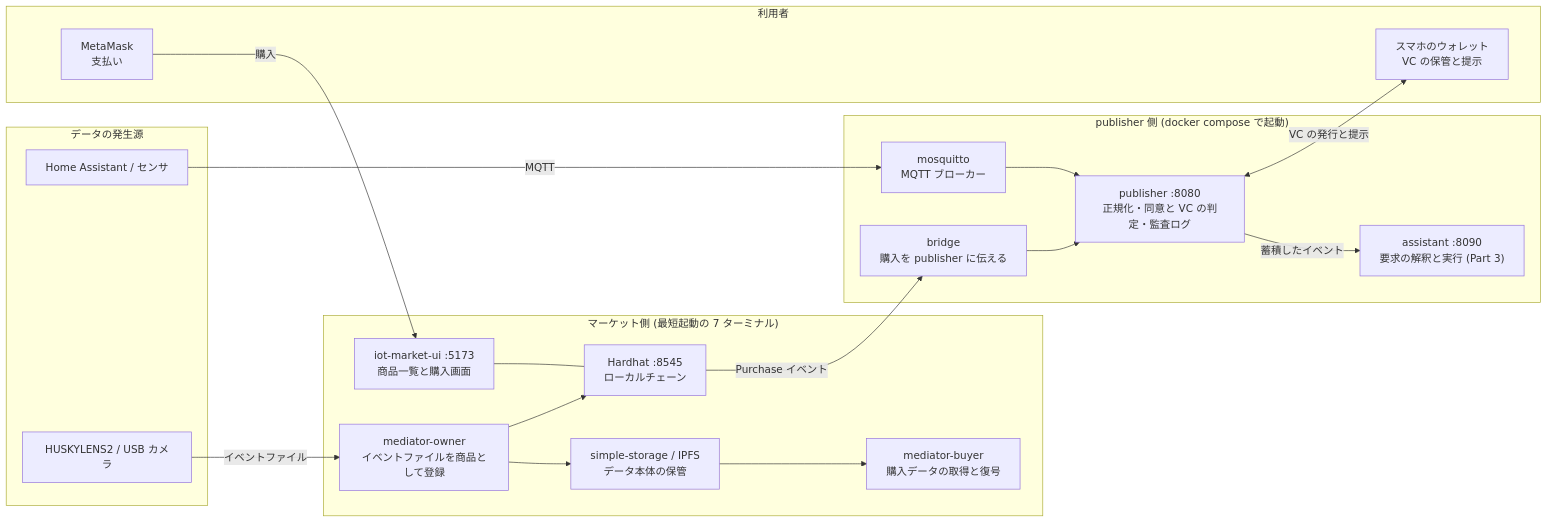
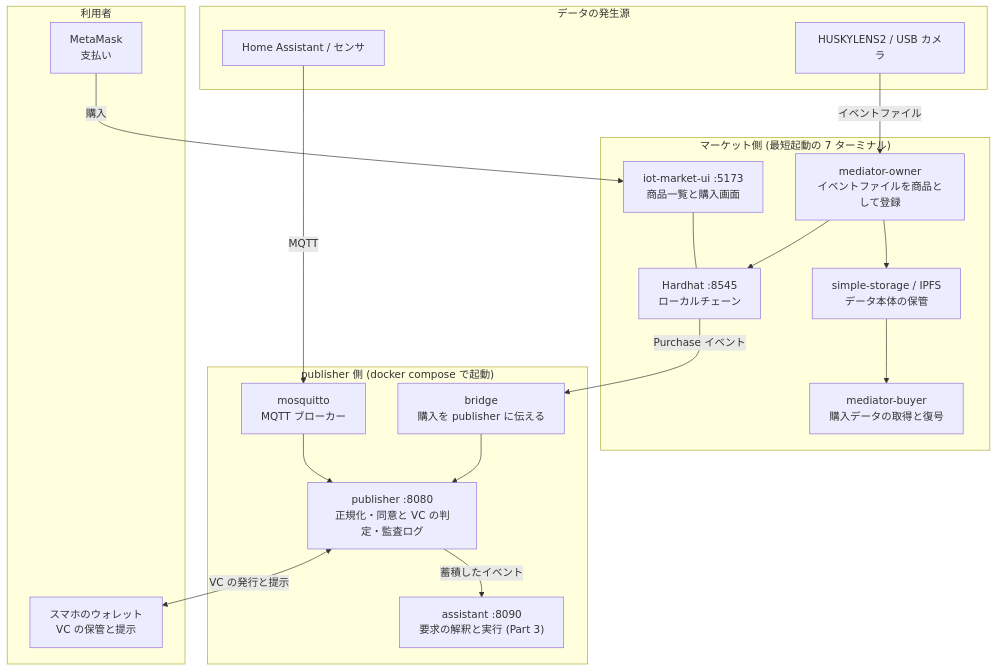
One commit to ertlnagoya/iw3ip.github.io changed the diagram in docs/index.md. Above: the diagram before and after it, drawn with Mermaid. The commit also changed 3 other files, not shown here.

Commit message:
docs: 全体構成図を縦方向の配置に変更（文字が小さく読みにくかったため）

````diff
--- a/docs/index.md
+++ b/docs/index.md
@@ -37,34 +37,34 @@
 ```mermaid
-flowchart LR
+flowchart TB
   subgraph DEV["データの発生源"]
     HA["Home Assistant / センサ"]
     CAM["HUSKYLENS2 / USB カメラ"]
   end
   subgraph PUB["publisher 側 (docker compose で起動)"]
     MQ["mosquitto<br/>MQTT ブローカー"]
     P["publisher :8080<br/>正規化・同意と VC の判定・監査ログ"]
     BR["bridge<br/>購入を publisher に伝える"]
     AS["assistant :8090<br/>要求の解釈と実行 (Part 3)"]
   end
   subgraph MKT["マーケット側 (最短起動の 7 ターミナル)"]
     MO["mediator-owner<br/>イベントファイルを商品として登録"]
     HH["Hardhat :8545<br/>ローカルチェーン"]
     ST["simple-storage / IPFS<br/>データ本体の保管"]
     UI["iot-market-ui :5173<br/>商品一覧と購入画面"]
     MB["mediator-buyer<br/>購入データの取得と復号"]
   end
   subgraph USER["利用者"]
     MM["MetaMask<br/>支払い"]
     W["スマホのウォレット<br/>VC の保管と提示"]
   end
   HA -->|MQTT| MQ --> P
   CAM -->|イベントファイル| MO
   MO --> HH
   MO --> ST
   UI --- HH
   MM -->|購入| UI
   ST --> MB
   HH -->|Purchase イベント| BR --> P
   P <-->|VC の発行と提示| W
   P -->|蓄積したイベント| AS
 ```
````
